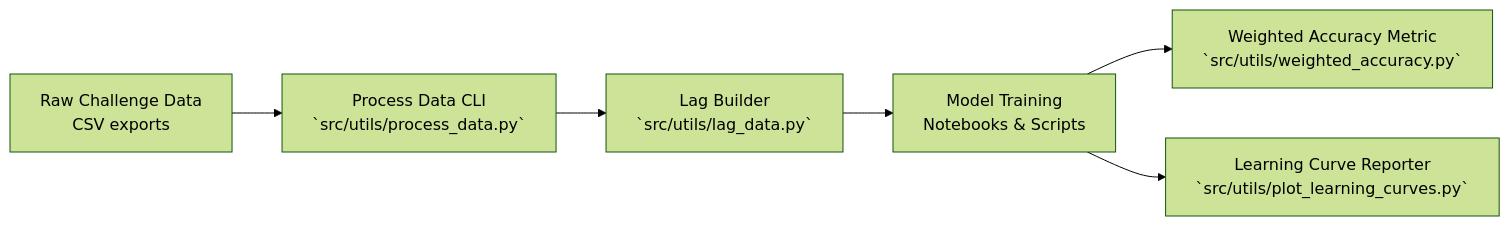
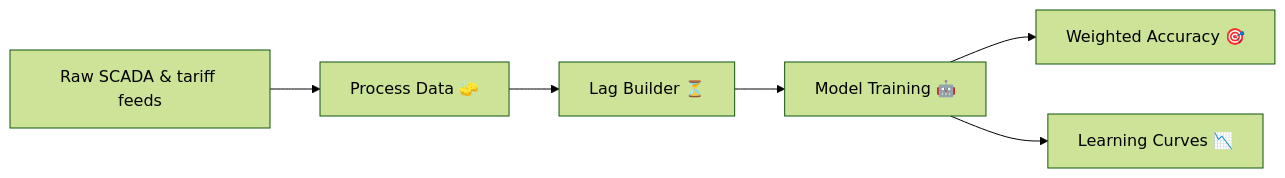
One commit to JonasBlx/elmy changed the diagram in README.md. Above: the diagram before and after it, drawn with Mermaid (forest theme). The commit also changed other lines of this file, not shown here.

````diff
--- a/README.md
+++ b/README.md
@@ -6,8 +51,8 @@
 ```mermaid
 flowchart LR
-    A[Raw Challenge Data<br/>CSV exports] --> B[Process Data CLI<br/>`src/utils/process_data.py`]
-    B --> C[Lag Builder<br/>`src/utils/lag_data.py`]
-    C --> D[Model Training<br/>Notebooks & Scripts]
-    D --> E[Weighted Accuracy Metric<br/>`src/utils/weighted_accuracy.py`]
-    D --> F[Learning Curve Reporter<br/>`src/utils/plot_learning_curves.py`]
+    A[Raw SCADA & tariff feeds] --> B[Process Data 🧽]
+    B --> C[Lag Builder ⏳]
+    C --> D[Model Training 🤖]
+    D --> E[Weighted Accuracy 🎯]
+    D --> F[Learning Curves 📉]
 ```
````
